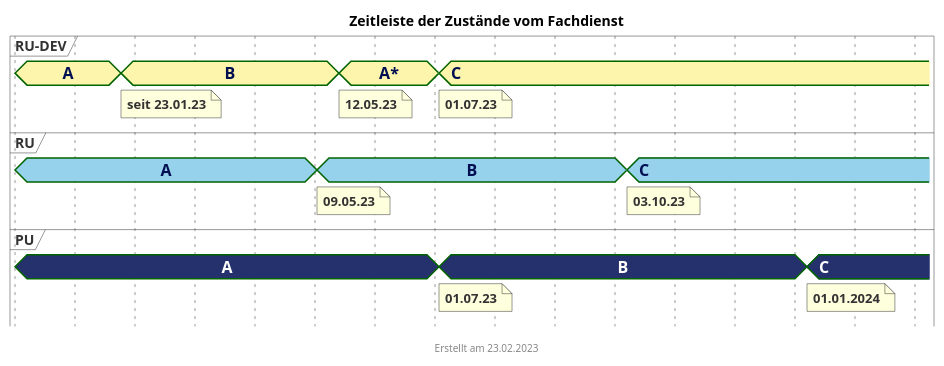
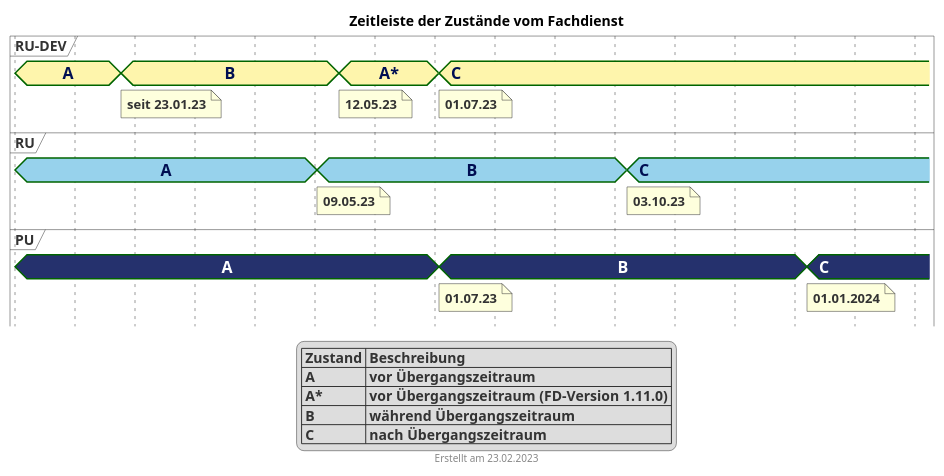
One commit to gematik/api-erp changed the diagram in puml/fd_zustaende_timeline.puml. Above: the diagram before and after it, drawn with PlantUML. The commit also changed 2 other files, not shown here.

Commit message:
Put legend into puml

```diff
--- a/puml/fd_zustaende_timeline.puml
+++ b/puml/fd_zustaende_timeline.puml
@@ -1,75 +1,83 @@
 @startuml fhir_version_timeline
 <style>
 root {
     Margin 0 0 0 30
 }
 
 timingDiagram {
   .rudevcolor {
     FontColor #000e52
     Fontsize 16
     FontStyle bold
     Backgroundcolor #FEF5AC
   }
   .rucolor {
     FontColor #000e52
     Fontsize 16
     FontStyle bold
     Backgroundcolor #97D2EC
   }
   .pucolor {
     FontColor #ffffff
     Fontsize 16
     FontStyle bold
     BackgroundColor #25316D
   }
 }
 </style>
 title Zeitleiste der Zustände vom Fachdienst
 footer Erstellt am 23.02.2023
 
 concise "RU-DEV" as RUDEV <<rudevcolor>>
 concise "RU" as RU <<rucolor>>
 concise "PU" as PU <<pucolor>>
 
 
 '30 days is scaled to 50 pixels
 scale 2592000 as 60 pixels
 hide time-axis
 'manual time-axis
 'use date format "dd.MM.yyyy"
 
 @2022/12/01
 RUDEV is "A"
 RU is "A"
 PU is "A"
 
 @2023/01/23
 RUDEV is "B"
 note bottom of RUDEV : seit 23.01.23
 
 @2023/05/01
 RU is "B"
 note bottom of RU : 09.05.23
 
 @2023/05/12
 RUDEV is "A*"
 note bottom of RUDEV : 12.05.23
 
 @2023/07/01
 PU is "B"
 note bottom of PU : 01.07.23
 RUDEV is "C"
 note bottom of RUDEV : 01.07.23
 
 @2023/10/03
 RU is "C"
 note bottom of RU : 03.10.23
 
 
 @2024/01/01
 PU is "C"
 note bottom of PU : 01.01.2024
 
 @2024/02/01
+
+legend
+  | Zustand | Beschreibung |
+  | A | vor Übergangszeitraum |
+  | A* | vor Übergangszeitraum (FD-Version 1.11.0) |
+  | B | während Übergangszeitraum |
+  | C | nach Übergangszeitraum |
+endlegend
 @enduml
```
